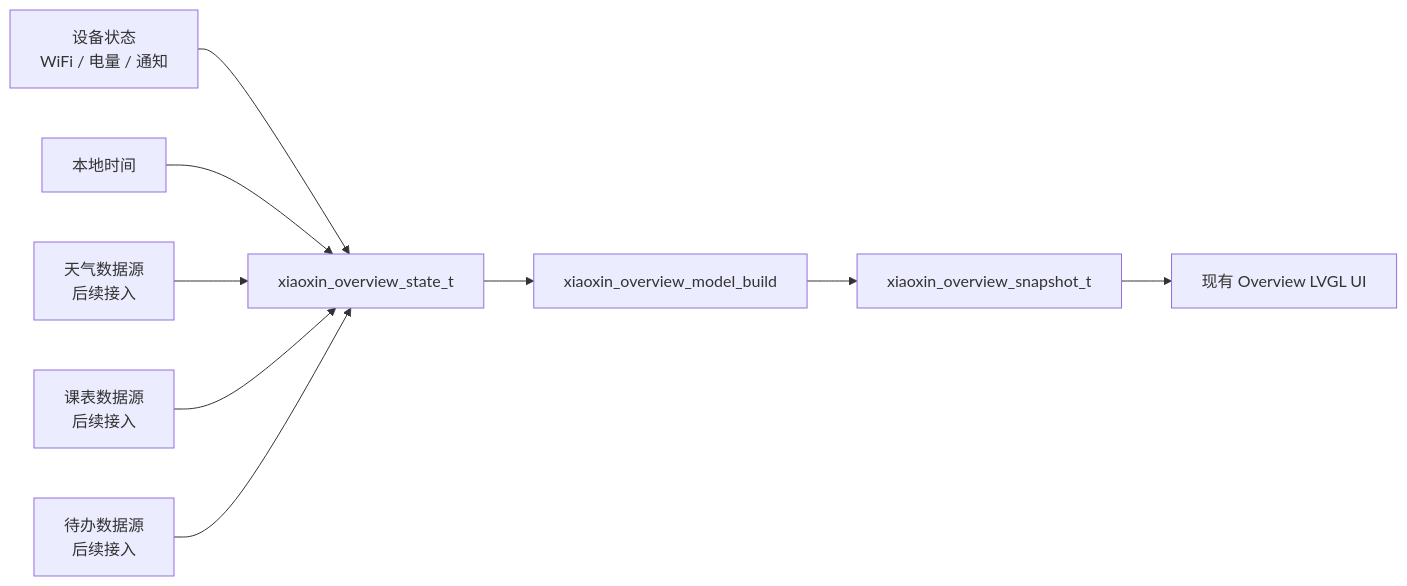
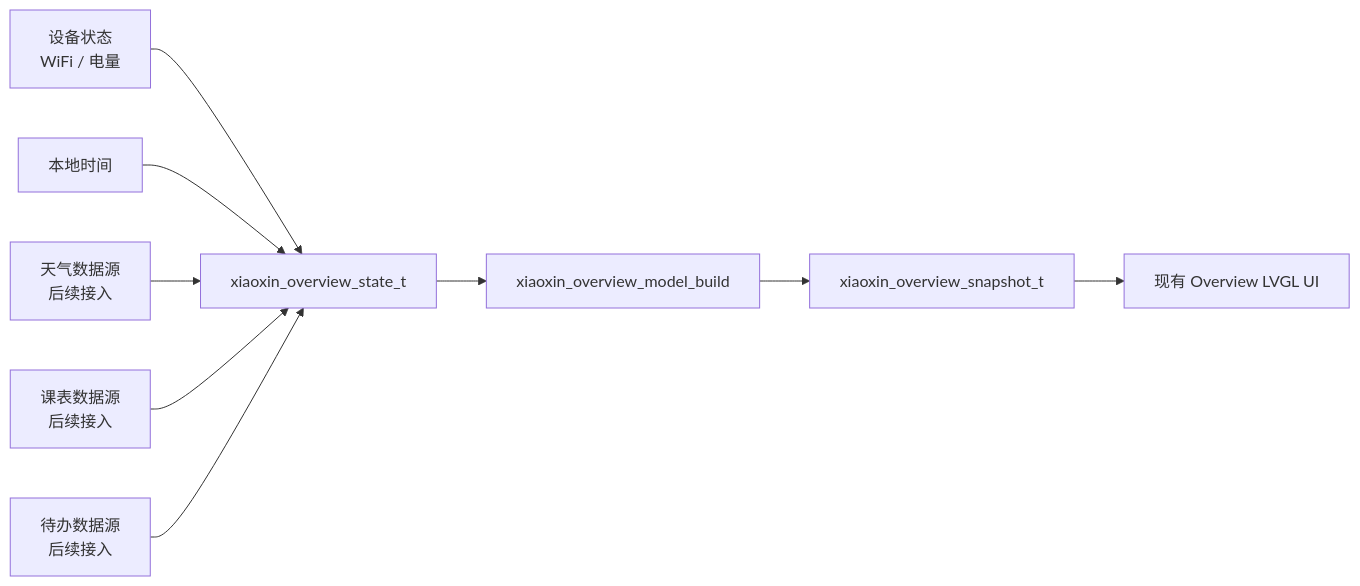
Before and after one commit to jiang-source-tech/hzcu_xiaoxin_firmwire: the diagram in docs/superpowers/specs/2026-06-19-xiaoxin-real-overview-data-design.zh-CN.md, drawn with Mermaid. The commit also changed other lines of this file and 1 other file, not shown here.

Commit message:
docs: plan real xiaoxin overview data

````diff
--- a/docs/superpowers/specs/2026-06-19-xiaoxin-real-overview-data-design.zh-CN.md
+++ b/docs/superpowers/specs/2026-06-19-xiaoxin-real-overview-data-design.zh-CN.md
@@ -267,11 +259,11 @@
 ```mermaid
 flowchart LR
-    DeviceState["设备状态\nWiFi / 电量 / 通知"] --> OverviewState["xiaoxin_overview_state_t"]
+    DeviceState["设备状态\nWiFi / 电量"] --> OverviewState["xiaoxin_overview_state_t"]
     LocalTime["本地时间"] --> OverviewState
     Weather["天气数据源\n后续接入"] --> OverviewState
     Courses["课表数据源\n后续接入"] --> OverviewState
     Todos["待办数据源\n后续接入"] --> OverviewState
     OverviewState --> Model["xiaoxin_overview_model_build"]
     Model --> Snapshot["xiaoxin_overview_snapshot_t"]
     Snapshot --> UI["现有 Overview LVGL UI"]
 ```
````
